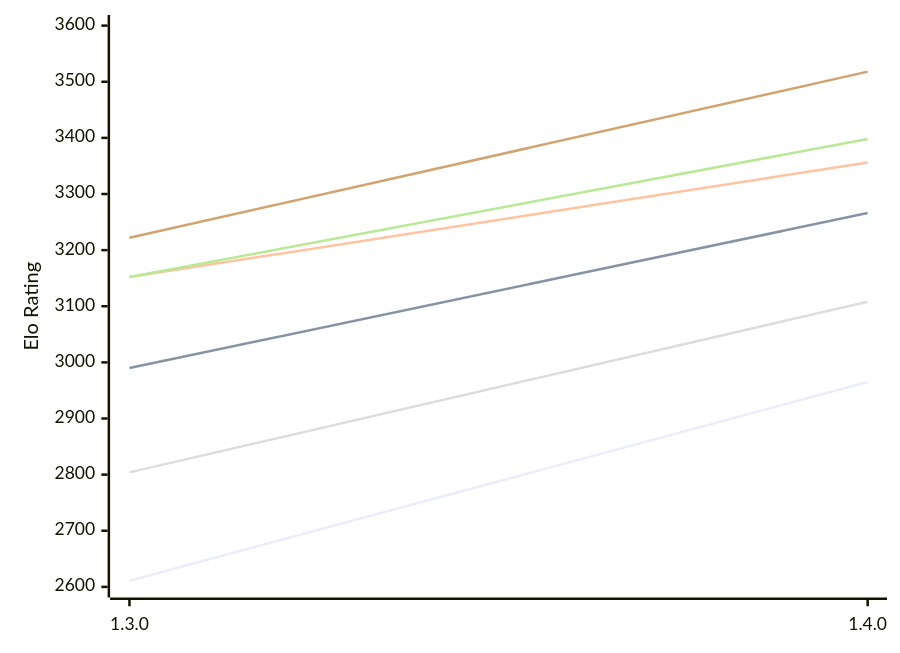
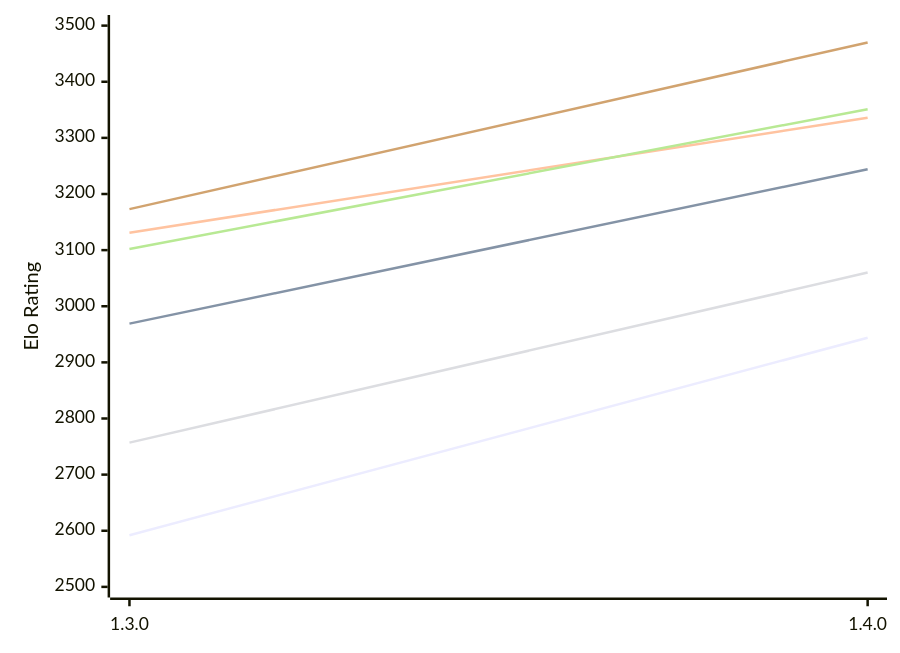
One commit to computer-chess-index/cci changed the first of 2 diagrams in engines/Ember.md. Above: the diagram before and after it, drawn with Mermaid. The commit also changed other lines of this file, not shown here.

Commit message:
Update CCI Ratings (ELO VLTC) - 2026-11-08

````diff
--- a/engines/Ember.md
+++ b/engines/Ember.md
@@ -51,12 +51,12 @@
 ```mermaid
 %%{init: {"theme":"base","themeVariables":{"seriesColors:['#a3a3a3','#222221','#faa371']}}}%%
 xychart-beta
   x-axis ["1.3.0", "1.4.0"]
-  y-axis "Elo Rating" 2600 --> 3600
-  line "E1: STC (8.0+0.08s)" [2611, 2965]
-  line "E1: LTC (60.0+0.60s)" [2990, 3266]
-  line "E1: VLTC (2m24s+1.12s)" [3152, 3356]
-  line "P1: STC (8.0+0.08s)" [2804, 3108]
-  line "P1: LTC (60.0+0.60s)" [3152, 3398]
-  line "P1: VLTC (2m24s+1.12s)" [3222, 3518]
+  y-axis "Elo Rating" 2500 --> 3500
+  line "E1: STC (8.0+0.08s)" [2592, 2944]
+  line "E1: LTC (60.0+0.60s)" [2969, 3244]
+  line "E1: VLTC (2m24s+1.12s)" [3131, 3336]
+  line "P1: STC (8.0+0.08s)" [2757, 3060]
+  line "P1: LTC (60.0+0.60s)" [3102, 3351]
+  line "P1: VLTC (2m24s+1.12s)" [3173, 3470]
 ```
````
